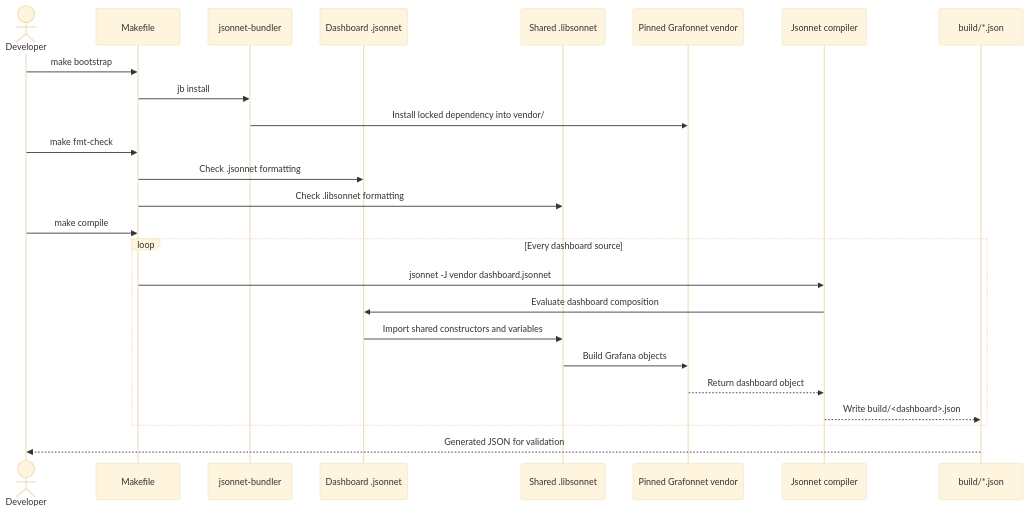
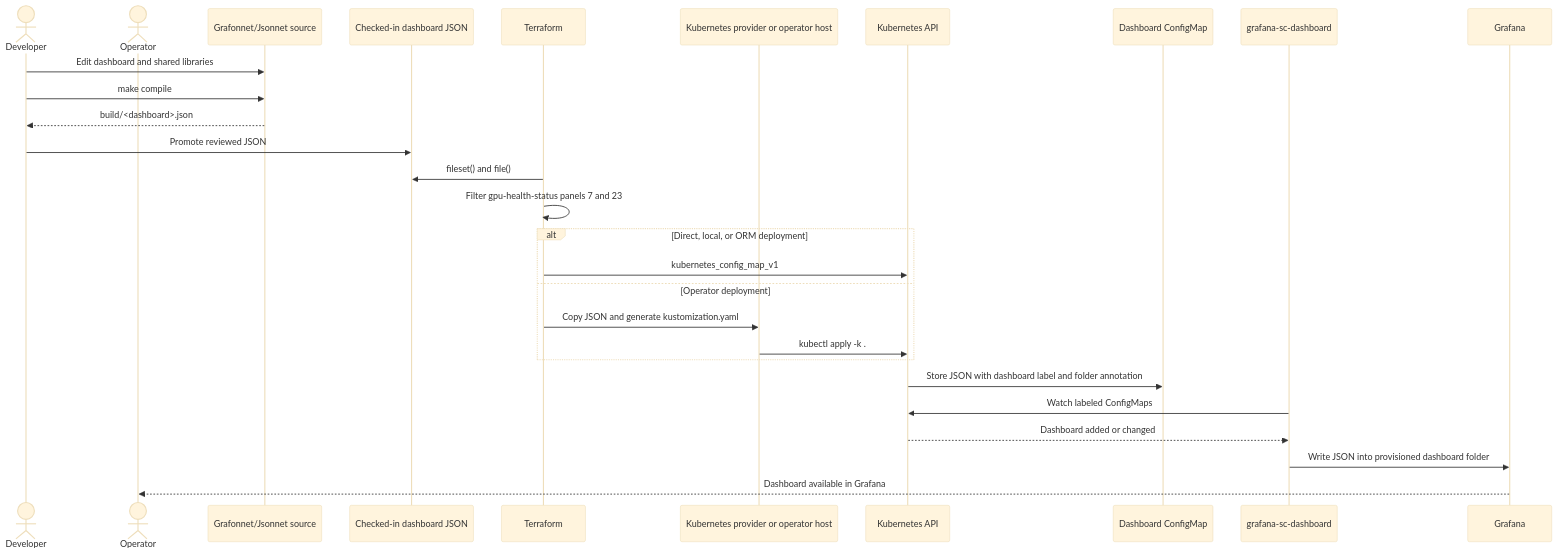
One commit to oracle-quickstart/oci-hpc-oke changed the diagram in docs/grafonnet-dashboards.md. Above: the diagram before and after it, drawn with Mermaid (base theme). The commit also changed other lines of this file and 1 other file, not shown here.

Commit message:
Document Grafana dashboard operations and deployment

````diff
--- a/docs/grafonnet-dashboards.md
+++ b/docs/grafonnet-dashboards.md
@@ -15,28 +26,31 @@
 ```mermaid
 sequenceDiagram
     actor Developer
-    participant Make as Makefile
-    participant JB as jsonnet-bundler
-    participant Source as Dashboard .jsonnet
-    participant Library as Shared .libsonnet
-    participant Grafonnet as Pinned Grafonnet vendor
-    participant Jsonnet as Jsonnet compiler
-    participant Build as build/*.json
+    actor Operator
+    participant Jsonnet as Grafonnet/Jsonnet source
+    participant Static as Checked-in dashboard JSON
+    participant Terraform
+    participant Apply as Kubernetes provider or operator host
+    participant API as Kubernetes API
+    participant CM as Dashboard ConfigMap
+    participant Sidecar as grafana-sc-dashboard
+    participant Grafana
 
-    Developer->>Make: make bootstrap
-    Make->>JB: jb install
-    JB->>Grafonnet: Install locked dependency into vendor/
-    Developer->>Make: make fmt-check
-    Make->>Source: Check .jsonnet formatting
-    Make->>Library: Check .libsonnet formatting
-    Developer->>Make: make compile
-    loop Every dashboard source
-        Make->>Jsonnet: jsonnet -J vendor dashboard.jsonnet
-        Jsonnet->>Source: Evaluate dashboard composition
-        Source->>Library: Import shared constructors and variables
-        Library->>Grafonnet: Build Grafana objects
-        Grafonnet-->>Jsonnet: Return dashboard object
-        Jsonnet-->>Build: Write build/<dashboard>.json
+    Developer->>Jsonnet: Edit dashboard and shared libraries
+    Developer->>Jsonnet: make compile
+    Jsonnet-->>Developer: build/<dashboard>.json
+    Developer->>Static: Promote reviewed JSON
+    Terraform->>Static: fileset() and file()
+    Terraform->>Terraform: Filter gpu-health-status panels 7 and 23
+    alt Direct, local, or ORM deployment
+        Terraform->>API: kubernetes_config_map_v1
+    else Operator deployment
+        Terraform->>Apply: Copy JSON and generate kustomization.yaml
+        Apply->>API: kubectl apply -k .
     end
-    Build-->>Developer: Generated JSON for validation
+    API->>CM: Store JSON with dashboard label and folder annotation
+    Sidecar->>API: Watch labeled ConfigMaps
+    API-->>Sidecar: Dashboard added or changed
+    Sidecar->>Grafana: Write JSON into provisioned dashboard folder
+    Grafana-->>Operator: Dashboard available in Grafana
 ```
````
